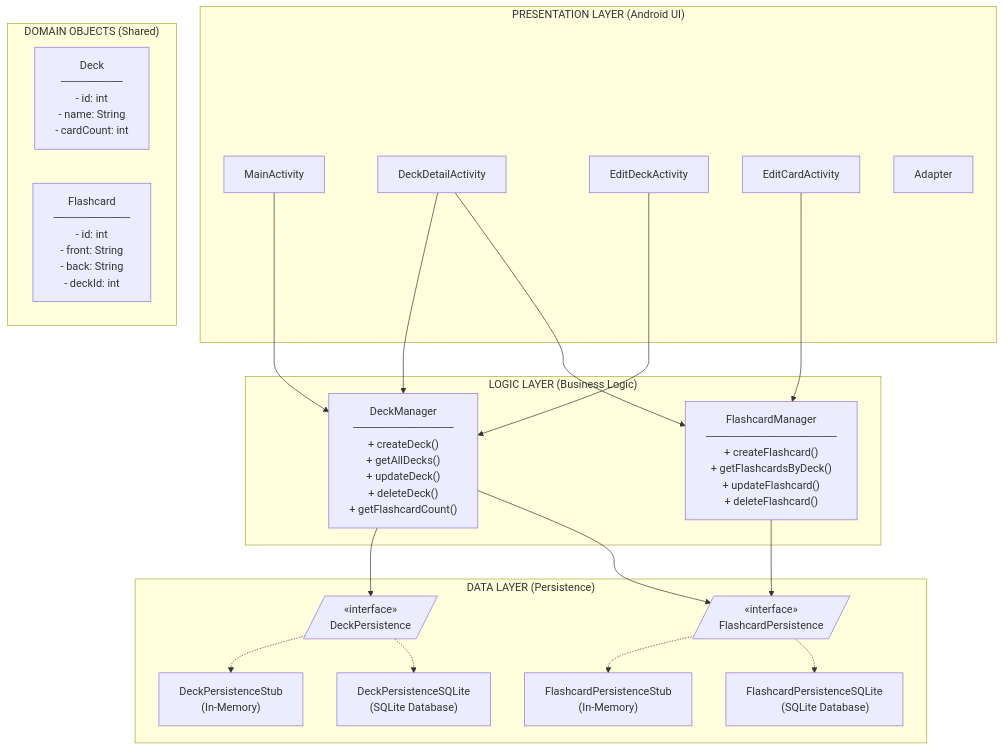
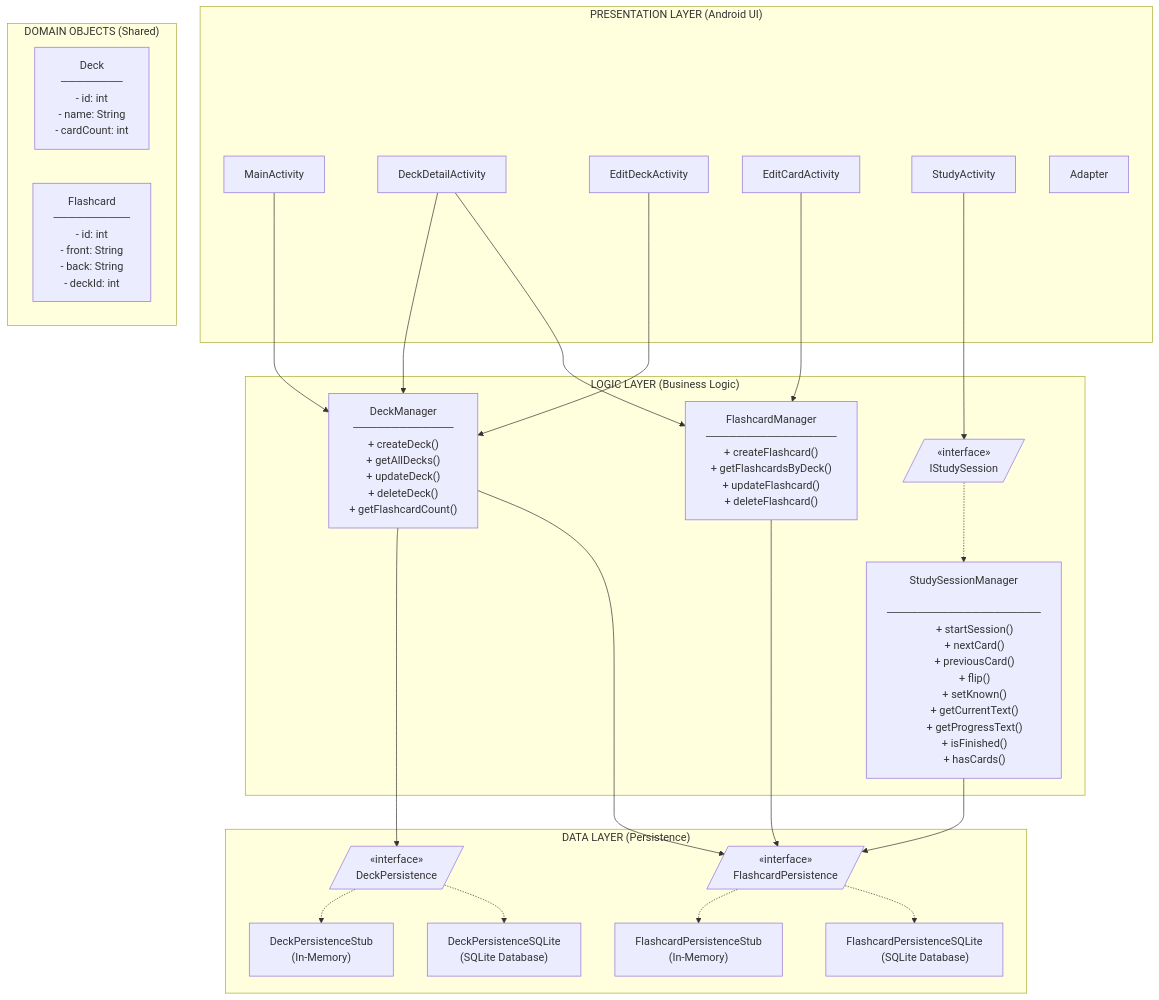
One commit to nurhossainarman/recallr-android-app changed the first of 2 diagrams in Documents/ARCHITECTURE.md. Above: the diagram before and after it, drawn with Mermaid. The commit also changed other lines of this file, not shown here.

```diff
--- a/Documents/ARCHITECTURE.md
+++ b/Documents/ARCHITECTURE.md
@@ -13,6 +13,7 @@
         DeckDetailActivity["DeckDetailActivity"]
         EditDeckActivity["EditDeckActivity"]
         EditCardActivity["EditCardActivity"]
+        StudyActivity["StudyActivity"]
         Adapter["Adapter"]
     end
 
@@ -24,13 +25,28 @@
         + updateDeck()
         + deleteDeck()
         + getFlashcardCount()"]
-        
+
         FlashcardManager["FlashcardManager
         ─────────────────
         + createFlashcard()
         + getFlashcardsByDeck()
         + updateFlashcard()
         + deleteFlashcard()"]
+
+        IStudySession[/"«interface»
+        IStudySession"/]
+
+        StudySessionManager["StudySessionManager
+        ────────────────────
+        + startSession()
+        + nextCard()
+        + previousCard()
+        + flip()
+        + setKnown()
+        + getCurrentText()
+        + getProgressText()
+        + isFinished()
+        + hasCards()"]
     end
 
     subgraph Data["DATA LAYER (Persistence)"]
@@ -71,11 +87,16 @@
     DeckDetailActivity --> FlashcardManager
     EditDeckActivity --> DeckManager
     EditCardActivity --> FlashcardManager
+    StudyActivity --> IStudySession
 
     %% Logic to Data
     DeckManager --> DeckPersistence
     DeckManager --> FlashcardPersistence
     FlashcardManager --> FlashcardPersistence
+    StudySessionManager --> FlashcardPersistence
+
+    %% Interface to Implementation (Logic)
+    IStudySession -.-> StudySessionManager
 
     %% Interface to Implementation
     DeckPersistence -.-> DeckPersistenceStub
```
